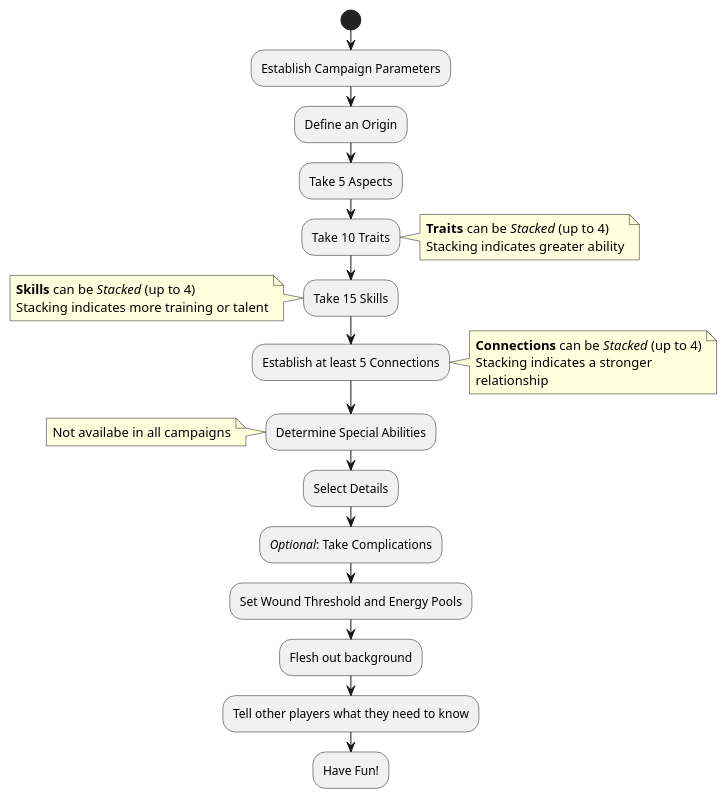
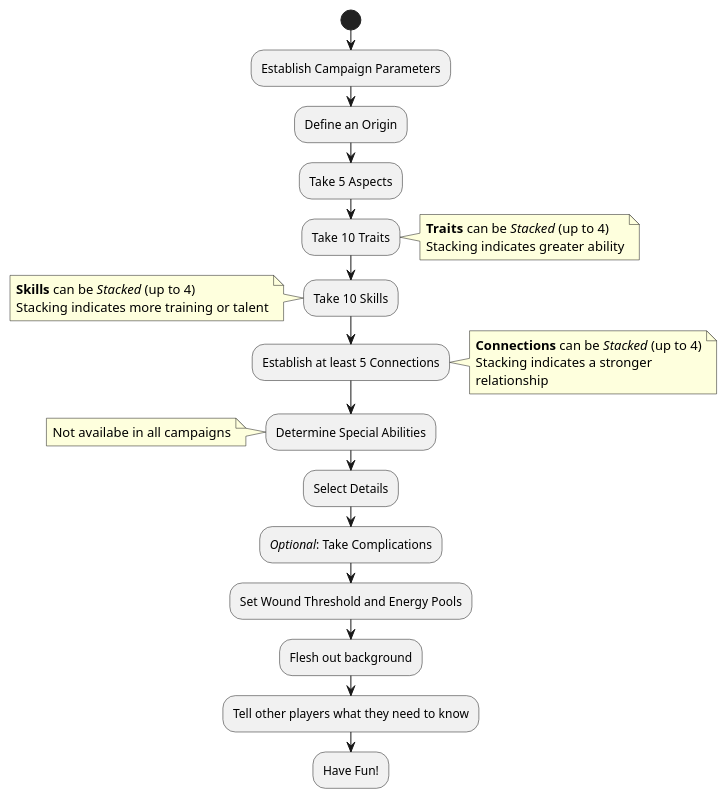
One commit to s-20/unnamed changed the diagram in CCSummary.md. Above: the diagram before and after it, drawn with PlantUML. The commit also changed other lines of this file, not shown here.

Commit message:
Update CCSummary.md
came to my senses about skill count

````diff
--- a/CCSummary.md
+++ b/CCSummary.md
@@ -15,33 +15,33 @@
 ```plantuml
 @startuml
 start
 :Establish Campaign Parameters;
 :Define an Origin;
 :Take 5 Aspects;
 :Take 10 Traits;
 note right
 <b>Traits</b> can be //Stacked// (up to 4)
 Stacking indicates greater ability
 end note
-:Take 15 Skills;
+:Take 10 Skills;
 note left
 <b>Skills</b> can be //Stacked// (up to 4)
 Stacking indicates more training or talent
 end note
 :Establish at least 5 Connections;
 note right
 <b>Connections</b> can be //Stacked// (up to 4)
 Stacking indicates a stronger
 relationship
 end note
 :Determine Special Abilities;
 note: Not availabe in all campaigns
 :Select Details;
 ://Optional//: Take Complications;
 :Set Wound Threshold and Energy Pools;
 :Flesh out background;
 :Tell other players what they need to know;
 :Have Fun!;
 @enduml
 stop
 ```
````
